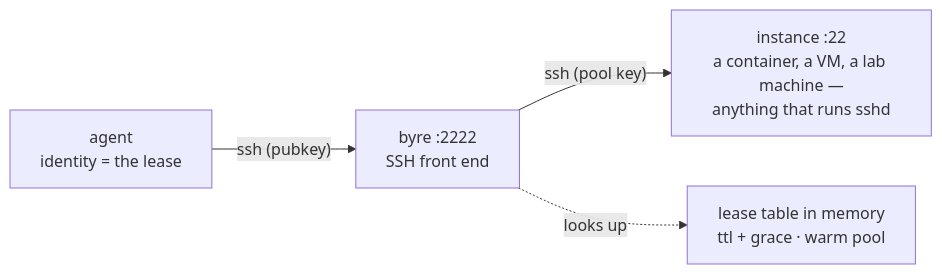
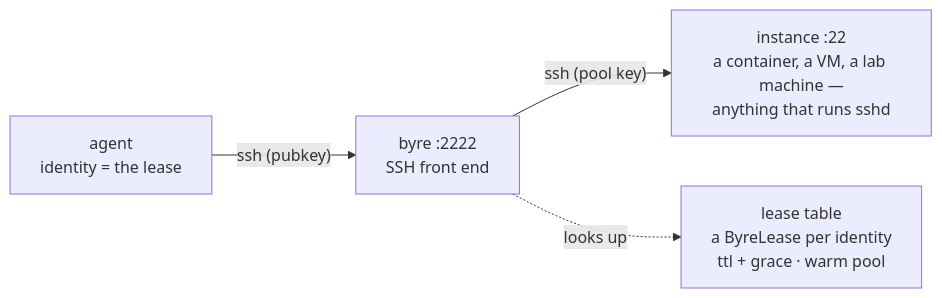
The diagram in README.md (xiyuera/byre), drawn with Mermaid before and after one commit. The commit also changed 2 other files, not shown here.

Commit message:
docs: stop describing the lease table as in-memory
ADR-0013 shipped in v0.5.0, but four places still described the pre-0.5.0 behaviour as current:

- `README.md` — the diagram's lease node read "lease table in memory".
- `examples/quickstart/README.md` — stated the table is in memory and pointed at ADR-0013 as the
  pending fix. The Docker quickstart genuinely does run `memory` (no cluster for a CRD), so it now
  says that, and says why, instead of presenting a limitation as the design.
- `examples/kubernetes-sandbox/README.md` — justified `replicaCount: 1` with "leases are in memory".
  The accurate reason is different and worth stating: the leases *do* agree across replicas now, but
  an open SSH session lives in one pod, so replicas need sticky routing.
- `deploy/kustomization.yaml` — "It is cluster-scoped" conflated two scopes. The
  CustomResourceDefinition object is cluster-scoped; the `ByreLease` objects it defines are
  Namespaced. That sentence is the kind a reader acts on by granting the wrong permissions.

````diff
--- a/README.md
+++ b/README.md
@@ -23,11 +23,11 @@
 ```mermaid
 flowchart LR
     agent["agent<br/>identity = the lease"]
     byre["byre :2222<br/>SSH front end"]
-    lease["lease table in memory<br/>ttl + grace · warm pool"]
+    lease["lease table<br/>a ByreLease per identity<br/>ttl + grace · warm pool"]
     inst["instance :22<br/>a container, a VM, a lab machine —<br/>anything that runs sshd"]
 
     agent -->|"ssh (pubkey)"| byre
     byre -->|"ssh (pool key)"| inst
     byre -.->|"looks up"| lease
 ```
````
